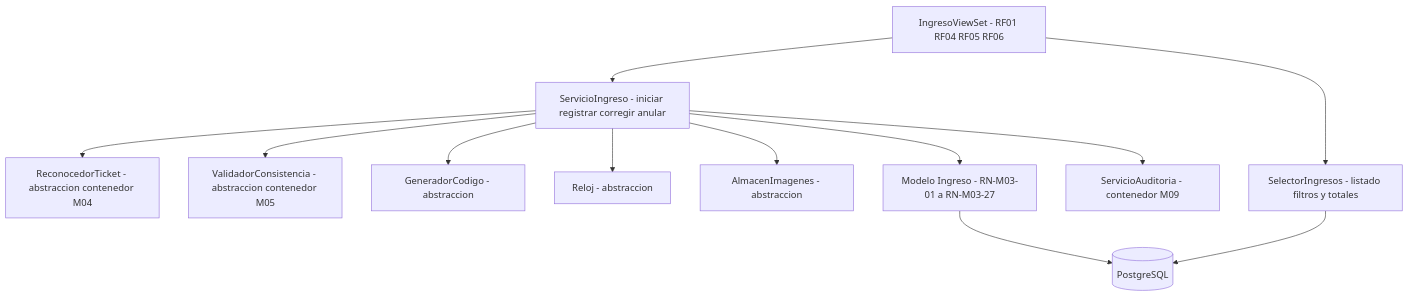
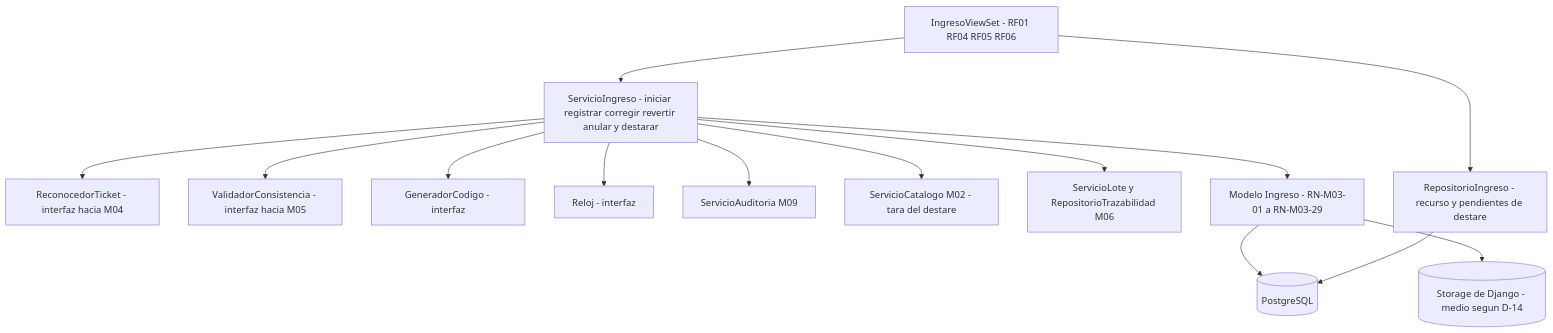
One commit to adlerOmonte1/LogisticaMinera changed the fourth of 10 diagrams in docs/model-c4/ARQ-03_Modelo_C4.md. Above: the diagram before and after it, drawn with Mermaid. The commit also changed other lines of this file and 32 other files, not shown here.

````diff
--- a/docs/model-c4/ARQ-03_Modelo_C4.md
+++ b/docs/model-c4/ARQ-03_Modelo_C4.md
@@ -202,26 +216,30 @@
 ```mermaid
 flowchart TB
     VIS["IngresoViewSet - RF01 RF04 RF05 RF06"]
-    SRV["ServicioIngreso - iniciar registrar corregir anular"]
-    REC["ReconocedorTicket - abstraccion contenedor M04"]
-    VAL["ValidadorConsistencia - abstraccion contenedor M05"]
-    GEN["GeneradorCodigo - abstraccion"]
-    REL["Reloj - abstraccion"]
-    IMG["AlmacenImagenes - abstraccion"]
-    MOD["Modelo Ingreso - RN-M03-01 a RN-M03-27"]
-    SEL["SelectorIngresos - listado filtros y totales"]
-    AUD["ServicioAuditoria - contenedor M09"]
+    SRV["ServicioIngreso - iniciar registrar corregir revertir anular y destarar"]
+    REC["ReconocedorTicket - interfaz hacia M04"]
+    VAL["ValidadorConsistencia - interfaz hacia M05"]
+    GEN["GeneradorCodigo - interfaz"]
+    REL["Reloj - interfaz"]
+    AUD["ServicioAuditoria M09"]
+    CAT["ServicioCatalogo M02 - tara del destare"]
+    LOT["ServicioLote y RepositorioTrazabilidad M06"]
+    MOD["Modelo Ingreso - RN-M03-01 a RN-M03-29"]
+    REP["RepositorioIngreso - recurso y pendientes de destare"]
+    STO[("Storage de Django - medio segun D-14")]
     DB[("PostgreSQL")]
 
     VIS --> SRV
-    VIS --> SEL
+    VIS --> REP
     SRV --> REC
     SRV --> VAL
     SRV --> GEN
     SRV --> REL
-    SRV --> IMG
+    SRV --> AUD
+    SRV --> CAT
+    SRV --> LOT
     SRV --> MOD
-    SRV --> AUD
     MOD --> DB
-    SEL --> DB
+    MOD --> STO
+    REP --> DB
 ```
````
